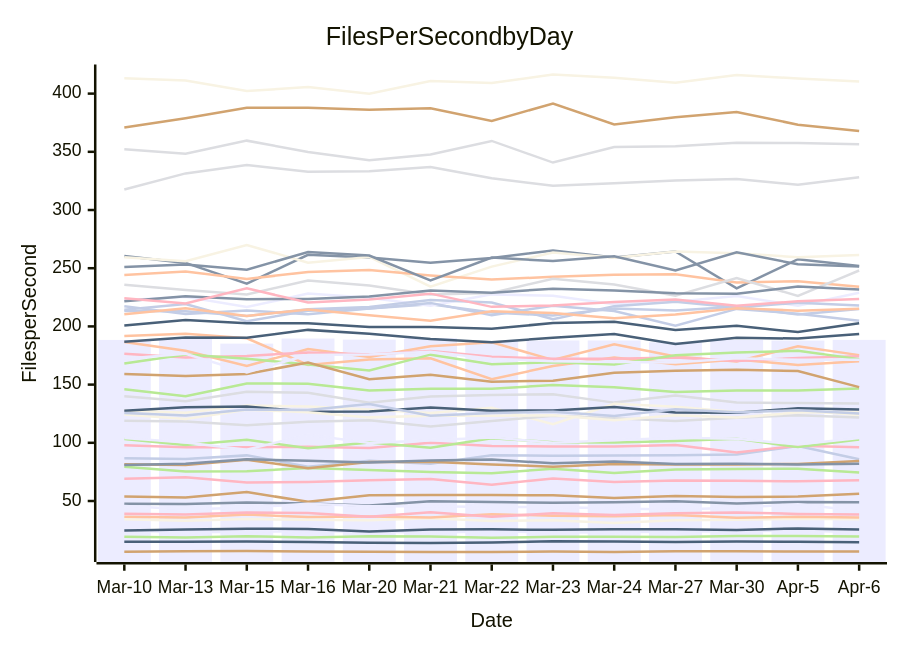
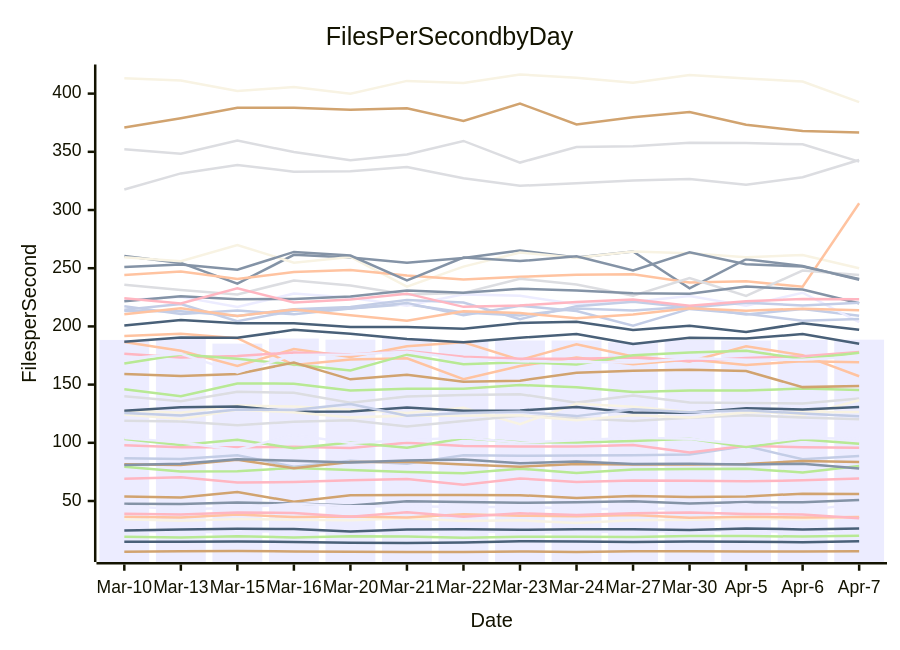
One commit to streetsidesoftware/cspell changed the diagram in perf-report.md. Above: the diagram before and after it, drawn with Mermaid. The commit also changed other lines of this file and 2 other files, not shown here.

````diff
--- a/perf-report.md
+++ b/perf-report.md
@@ -11,57 +11,57 @@
 ```mermaid
 xychart-beta
     title Files Per Second by Day
     y-axis Files per Second
-    x-axis Date [Mar-10, Mar-13, Mar-15, Mar-16, Mar-20, Mar-21, Mar-22, Mar-23, Mar-24, Mar-27, Mar-30, Apr-5, Apr-6]
-    bar [188.38, 189.98, 185.21, 189.57, 188.63, 189.87, 187.45, 187.93, 187.93, 186.35, 188.30, 187.81, 188.42]
-    line [47.70, 47.47, 48.64, 47.90, 46.22, 49.72, 49.15, 48.47, 48.92, 49.74, 47.82, 49.22, 48.87]
-    line [186.65, 179.06, 166.05, 180.55, 173.75, 182.92, 186.30, 171.18, 184.68, 174.16, 169.88, 182.89, 175.34]
-    line [140.01, 135.63, 143.93, 142.95, 134.36, 139.82, 141.15, 141.79, 134.53, 140.55, 134.62, 134.19, 133.87]
-    line [146.06, 140.05, 150.95, 150.81, 144.94, 146.39, 146.52, 149.65, 147.78, 143.68, 144.97, 144.90, 146.68]
-    line [53.77, 52.96, 57.64, 49.40, 55.01, 55.07, 55.14, 54.97, 52.69, 54.36, 53.37, 53.82, 56.32]
-    line [86.73, 86.09, 89.20, 79.46, 84.64, 82.02, 89.37, 88.80, 89.20, 89.35, 90.00, 97.23, 85.82]
-    line [69.18, 70.51, 65.83, 66.30, 67.73, 68.98, 63.91, 69.35, 66.34, 67.66, 67.35, 66.87, 67.74]
-    line [14.93, 14.92, 15.23, 14.84, 14.06, 13.99, 14.45, 15.39, 15.15, 14.76, 15.30, 14.95, 14.57]
-    line [127.81, 125.76, 132.01, 131.14, 128.67, 125.67, 130.11, 116.06, 133.46, 130.91, 126.44, 128.14, 123.76]
-    line [24.56, 23.16, 23.57, 24.07, 23.83, 22.72, 24.07, 23.01, 23.19, 23.80, 24.02, 24.56, 23.07]
-    line [260.43, 254.55, 236.73, 261.47, 259.22, 254.59, 258.80, 265.17, 259.19, 264.34, 232.73, 257.73, 251.87]
-    line [191.68, 193.62, 189.84, 166.89, 171.60, 172.56, 154.71, 166.00, 173.35, 167.42, 171.49, 166.95, 170.01]
-    line [352.21, 348.39, 359.59, 349.81, 342.75, 347.71, 359.34, 340.76, 354.09, 354.69, 357.70, 357.50, 356.42]
-    line [79.36, 75.39, 75.58, 78.40, 76.58, 74.92, 73.83, 77.77, 74.02, 77.10, 77.41, 77.73, 74.56]
-    line [81.66, 80.93, 85.41, 78.19, 83.51, 83.81, 81.43, 79.47, 81.70, 81.36, 81.35, 81.81, 84.38]
-    line [214.22, 219.20, 204.44, 213.42, 215.32, 218.95, 211.96, 209.30, 215.41, 213.73, 216.98, 210.20, 214.91]
-    line [176.56, 173.19, 174.63, 177.66, 175.92, 178.79, 174.01, 172.30, 172.16, 173.35, 170.18, 172.81, 174.46]
-    line [186.81, 190.52, 190.26, 197.02, 193.75, 189.15, 186.42, 190.28, 193.49, 184.99, 190.27, 189.55, 193.41]
-    line [259.39, 256.02, 269.97, 254.79, 259.65, 234.19, 251.38, 263.45, 259.03, 264.42, 262.82, 259.51, 261.27]
-    line [222.38, 225.56, 216.60, 228.18, 224.68, 217.69, 227.52, 226.28, 219.14, 221.19, 226.02, 217.73, 228.96]
-    line [81.02, 82.11, 85.90, 84.63, 82.99, 84.87, 85.57, 82.40, 83.84, 81.84, 82.00, 81.46, 81.94]
-    line [244.22, 247.23, 240.74, 246.80, 248.37, 243.77, 240.29, 242.61, 244.28, 244.79, 237.77, 238.81, 234.08]
-    line [235.85, 231.18, 227.46, 239.47, 235.22, 227.41, 228.79, 241.01, 235.98, 226.38, 241.62, 226.17, 248.01]
-    line [168.17, 175.84, 172.23, 167.20, 162.09, 175.73, 167.53, 169.26, 167.37, 175.14, 177.59, 179.11, 171.90]
-    line [6.32, 6.79, 7.12, 6.59, 6.35, 6.19, 6.26, 6.60, 6.25, 6.74, 6.77, 6.57, 6.61]
-    line [217.40, 210.64, 213.63, 210.38, 215.44, 220.20, 209.66, 217.73, 213.19, 200.65, 215.04, 210.95, 204.79]
-    line [97.82, 96.22, 96.21, 96.60, 95.61, 100.00, 97.34, 96.90, 96.73, 98.18, 91.72, 97.44, 96.14]
-    line [127.60, 130.54, 131.20, 126.76, 126.98, 130.36, 127.52, 127.75, 130.81, 125.94, 125.76, 129.75, 128.69]
-    line [34.36, 33.03, 34.53, 33.80, 33.49, 35.23, 32.80, 33.41, 31.17, 33.44, 33.97, 34.80, 34.26]
-    line [45.79, 43.00, 44.30, 47.55, 45.42, 45.55, 44.76, 44.94, 43.55, 42.67, 44.21, 47.13, 41.53]
-    line [221.56, 225.82, 223.33, 223.62, 225.78, 230.86, 229.00, 232.44, 230.81, 228.49, 228.09, 234.26, 231.70]
-    line [36.38, 35.91, 38.37, 36.25, 36.61, 35.87, 38.67, 37.37, 36.99, 37.97, 35.69, 36.40, 35.82]
-    line [118.95, 118.40, 114.99, 118.14, 119.47, 113.95, 118.70, 123.16, 121.00, 118.77, 121.60, 123.74, 121.73]
-    line [103.33, 98.05, 102.55, 95.32, 100.34, 95.68, 103.94, 100.49, 100.37, 101.61, 103.43, 96.40, 102.92]
-    line [159.01, 157.48, 159.10, 169.05, 154.54, 158.47, 152.54, 153.40, 160.13, 161.83, 162.72, 161.59, 147.84]
-    line [213.30, 213.00, 209.05, 214.75, 216.78, 222.67, 220.47, 206.28, 217.42, 221.24, 216.32, 220.41, 218.02]
-    line [38.99, 38.46, 40.13, 39.77, 36.42, 40.38, 36.50, 39.38, 38.08, 39.48, 40.18, 38.93, 38.36]
-    line [24.74, 25.60, 26.18, 25.98, 23.83, 25.61, 25.64, 25.22, 25.67, 25.63, 25.15, 26.46, 25.57]
-    line [124.38, 120.45, 128.40, 126.26, 121.85, 123.29, 123.31, 123.57, 119.37, 123.63, 121.70, 126.05, 126.20]
-    line [104.19, 100.36, 94.07, 106.95, 99.82, 102.15, 104.63, 100.11, 102.26, 104.28, 103.40, 98.55, 104.22]
-    line [250.97, 253.10, 248.68, 263.99, 260.91, 239.46, 259.16, 256.10, 260.18, 248.06, 263.68, 253.34, 251.40]
-    line [210.46, 215.67, 209.05, 214.60, 209.59, 204.82, 212.94, 211.50, 207.03, 210.21, 215.65, 213.52, 215.27]
-    line [317.67, 331.44, 338.69, 332.97, 333.24, 336.87, 327.34, 320.84, 322.94, 325.27, 326.73, 321.72, 328.23]
-    line [19.22, 18.67, 19.78, 18.71, 19.79, 19.47, 18.35, 19.30, 19.37, 19.08, 19.88, 20.02, 19.41]
-    line [370.91, 378.91, 387.90, 387.80, 386.06, 387.41, 376.59, 391.51, 373.44, 379.72, 384.27, 373.30, 367.91]
-    line [125.61, 123.50, 128.64, 128.22, 133.34, 123.28, 125.66, 126.65, 122.93, 128.82, 126.34, 127.91, 125.16]
-    line [224.11, 219.75, 232.68, 220.52, 223.12, 228.15, 216.79, 218.07, 220.91, 223.03, 217.84, 221.62, 223.63]
-    line [200.86, 205.50, 202.63, 202.69, 199.56, 199.40, 197.96, 202.91, 203.92, 196.82, 200.56, 195.13, 202.74]
-    line [413.29, 411.20, 402.18, 405.65, 399.88, 410.92, 409.10, 416.42, 413.72, 409.38, 416.05, 413.02, 410.36]
-    line [172.27, 176.52, 160.55, 175.49, 175.91, 178.24, 172.29, 170.07, 169.37, 169.09, 172.70, 171.27, 171.33]
+    x-axis Date [Mar-10, Mar-13, Mar-15, Mar-16, Mar-20, Mar-21, Mar-22, Mar-23, Mar-24, Mar-27, Mar-30, Apr-5, Apr-6, Apr-7]
+    bar [188.38, 189.98, 185.21, 189.57, 188.63, 189.87, 187.45, 187.93, 187.93, 186.35, 188.30, 187.81, 188.42, 188.59]
+    line [47.70, 47.47, 48.64, 47.90, 46.22, 49.72, 49.15, 48.47, 48.92, 49.74, 47.82, 49.22, 48.87, 50.93]
+    line [186.65, 179.06, 166.05, 180.55, 173.75, 182.92, 186.30, 171.18, 184.68, 174.16, 169.88, 182.89, 175.34, 157.18]
+    line [140.01, 135.63, 143.93, 142.95, 134.36, 139.82, 141.15, 141.79, 134.53, 140.55, 134.62, 134.19, 133.87, 138.14]
+    line [146.06, 140.05, 150.95, 150.81, 144.94, 146.39, 146.52, 149.65, 147.78, 143.68, 144.97, 144.90, 146.68, 145.47]
+    line [53.77, 52.96, 57.64, 49.40, 55.01, 55.07, 55.14, 54.97, 52.69, 54.36, 53.37, 53.82, 56.32, 55.94]
+    line [86.73, 86.09, 89.20, 79.46, 84.64, 82.02, 89.37, 88.80, 89.20, 89.35, 90.00, 97.23, 85.82, 88.62]
+    line [69.18, 70.51, 65.83, 66.30, 67.73, 68.98, 63.91, 69.35, 66.34, 67.66, 67.35, 66.87, 67.74, 69.26]
+    line [14.93, 14.92, 15.23, 14.84, 14.06, 13.99, 14.45, 15.39, 15.15, 14.76, 15.30, 14.95, 14.57, 15.50]
+    line [127.81, 125.76, 132.01, 131.14, 128.67, 125.67, 130.11, 116.06, 133.46, 130.91, 126.44, 128.14, 123.76, 136.62]
+    line [24.56, 23.16, 23.57, 24.07, 23.83, 22.72, 24.07, 23.01, 23.19, 23.80, 24.02, 24.56, 23.07, 21.40]
+    line [260.43, 254.55, 236.73, 261.47, 259.22, 254.59, 258.80, 265.17, 259.19, 264.34, 232.73, 257.73, 251.87, 240.02]
+    line [191.68, 193.62, 189.84, 166.89, 171.60, 172.56, 154.71, 166.00, 173.35, 167.42, 171.49, 166.95, 170.01, 169.14]
+    line [352.21, 348.39, 359.59, 349.81, 342.75, 347.71, 359.34, 340.76, 354.09, 354.69, 357.70, 357.50, 356.42, 341.55]
+    line [79.36, 75.39, 75.58, 78.40, 76.58, 74.92, 73.83, 77.77, 74.02, 77.10, 77.41, 77.73, 74.56, 80.16]
+    line [81.66, 80.93, 85.41, 78.19, 83.51, 83.81, 81.43, 79.47, 81.70, 81.36, 81.35, 81.81, 84.38, 83.54]
+    line [214.22, 219.20, 204.44, 213.42, 215.32, 218.95, 211.96, 209.30, 215.41, 213.73, 216.98, 210.20, 214.91, 209.11]
+    line [176.56, 173.19, 174.63, 177.66, 175.92, 178.79, 174.01, 172.30, 172.16, 173.35, 170.18, 172.81, 174.46, 178.10]
+    line [186.81, 190.52, 190.26, 197.02, 193.75, 189.15, 186.42, 190.28, 193.49, 184.99, 190.27, 189.55, 193.41, 185.15]
+    line [259.39, 256.02, 269.97, 254.79, 259.65, 234.19, 251.38, 263.45, 259.03, 264.42, 262.82, 259.51, 261.27, 249.89]
+    line [222.38, 225.56, 216.60, 228.18, 224.68, 217.69, 227.52, 226.28, 219.14, 221.19, 226.02, 217.73, 228.96, 203.68]
+    line [81.02, 82.11, 85.90, 84.63, 82.99, 84.87, 85.57, 82.40, 83.84, 81.84, 82.00, 81.46, 81.94, 77.93]
+    line [244.22, 247.23, 240.74, 246.80, 248.37, 243.77, 240.29, 242.61, 244.28, 244.79, 237.77, 238.81, 234.08, 305.83]
+    line [235.85, 231.18, 227.46, 239.47, 235.22, 227.41, 228.79, 241.01, 235.98, 226.38, 241.62, 226.17, 248.01, 244.17]
+    line [168.17, 175.84, 172.23, 167.20, 162.09, 175.73, 167.53, 169.26, 167.37, 175.14, 177.59, 179.11, 171.90, 177.30]
+    line [6.32, 6.79, 7.12, 6.59, 6.35, 6.19, 6.26, 6.60, 6.25, 6.74, 6.77, 6.57, 6.61, 6.73]
+    line [217.40, 210.64, 213.63, 210.38, 215.44, 220.20, 209.66, 217.73, 213.19, 200.65, 215.04, 210.95, 204.79, 206.43]
+    line [97.82, 96.22, 96.21, 96.60, 95.61, 100.00, 97.34, 96.90, 96.73, 98.18, 91.72, 97.44, 96.14, 95.65]
+    line [127.60, 130.54, 131.20, 126.76, 126.98, 130.36, 127.52, 127.75, 130.81, 125.94, 125.76, 129.75, 128.69, 130.72]
+    line [34.36, 33.03, 34.53, 33.80, 33.49, 35.23, 32.80, 33.41, 31.17, 33.44, 33.97, 34.80, 34.26, 36.10]
+    line [45.79, 43.00, 44.30, 47.55, 45.42, 45.55, 44.76, 44.94, 43.55, 42.67, 44.21, 47.13, 41.53, 47.88]
+    line [221.56, 225.82, 223.33, 223.62, 225.78, 230.86, 229.00, 232.44, 230.81, 228.49, 228.09, 234.26, 231.70, 219.86]
+    line [36.38, 35.91, 38.37, 36.25, 36.61, 35.87, 38.67, 37.37, 36.99, 37.97, 35.69, 36.40, 35.82, 36.18]
+    line [118.95, 118.40, 114.99, 118.14, 119.47, 113.95, 118.70, 123.16, 121.00, 118.77, 121.60, 123.74, 121.73, 120.16]
+    line [103.33, 98.05, 102.55, 95.32, 100.34, 95.68, 103.94, 100.49, 100.37, 101.61, 103.43, 96.40, 102.92, 99.21]
+    line [159.01, 157.48, 159.10, 169.05, 154.54, 158.47, 152.54, 153.40, 160.13, 161.83, 162.72, 161.59, 147.84, 148.71]
+    line [213.30, 213.00, 209.05, 214.75, 216.78, 222.67, 220.47, 206.28, 217.42, 221.24, 216.32, 220.41, 218.02, 220.27]
+    line [38.99, 38.46, 40.13, 39.77, 36.42, 40.38, 36.50, 39.38, 38.08, 39.48, 40.18, 38.93, 38.36, 35.23]
+    line [24.74, 25.60, 26.18, 25.98, 23.83, 25.61, 25.64, 25.22, 25.67, 25.63, 25.15, 26.46, 25.57, 26.37]
+    line [124.38, 120.45, 128.40, 126.26, 121.85, 123.29, 123.31, 123.57, 119.37, 123.63, 121.70, 126.05, 126.20, 126.46]
+    line [104.19, 100.36, 94.07, 106.95, 99.82, 102.15, 104.63, 100.11, 102.26, 104.28, 103.40, 98.55, 104.22, 103.59]
+    line [250.97, 253.10, 248.68, 263.99, 260.91, 239.46, 259.16, 256.10, 260.18, 248.06, 263.68, 253.34, 251.40, 240.71]
+    line [210.46, 215.67, 209.05, 214.60, 209.59, 204.82, 212.94, 211.50, 207.03, 210.21, 215.65, 213.52, 215.27, 213.92]
+    line [317.67, 331.44, 338.69, 332.97, 333.24, 336.87, 327.34, 320.84, 322.94, 325.27, 326.73, 321.72, 328.23, 343.02]
+    line [19.22, 18.67, 19.78, 18.71, 19.79, 19.47, 18.35, 19.30, 19.37, 19.08, 19.88, 20.02, 19.41, 20.18]
+    line [370.91, 378.91, 387.90, 387.80, 386.06, 387.41, 376.59, 391.51, 373.44, 379.72, 384.27, 373.30, 367.91, 366.55]
+    line [125.61, 123.50, 128.64, 128.22, 133.34, 123.28, 125.66, 126.65, 122.93, 128.82, 126.34, 127.91, 125.16, 122.83]
+    line [224.11, 219.75, 232.68, 220.52, 223.12, 228.15, 216.79, 218.07, 220.91, 223.03, 217.84, 221.62, 223.63, 223.28]
+    line [200.86, 205.50, 202.63, 202.69, 199.56, 199.40, 197.96, 202.91, 203.92, 196.82, 200.56, 195.13, 202.74, 197.17]
+    line [413.29, 411.20, 402.18, 405.65, 399.88, 410.92, 409.10, 416.42, 413.72, 409.38, 416.05, 413.02, 410.36, 392.72]
+    line [172.27, 176.52, 160.55, 175.49, 175.91, 178.24, 172.29, 170.07, 169.37, 169.09, 172.70, 171.27, 171.33, 174.25]
 ```
````
